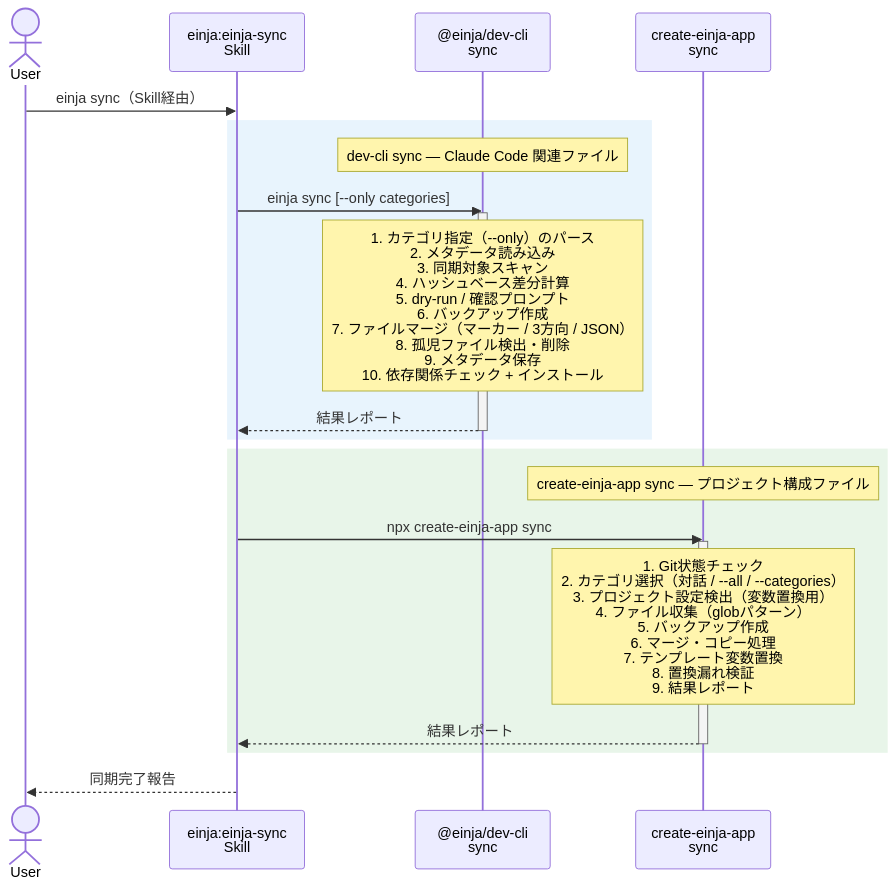
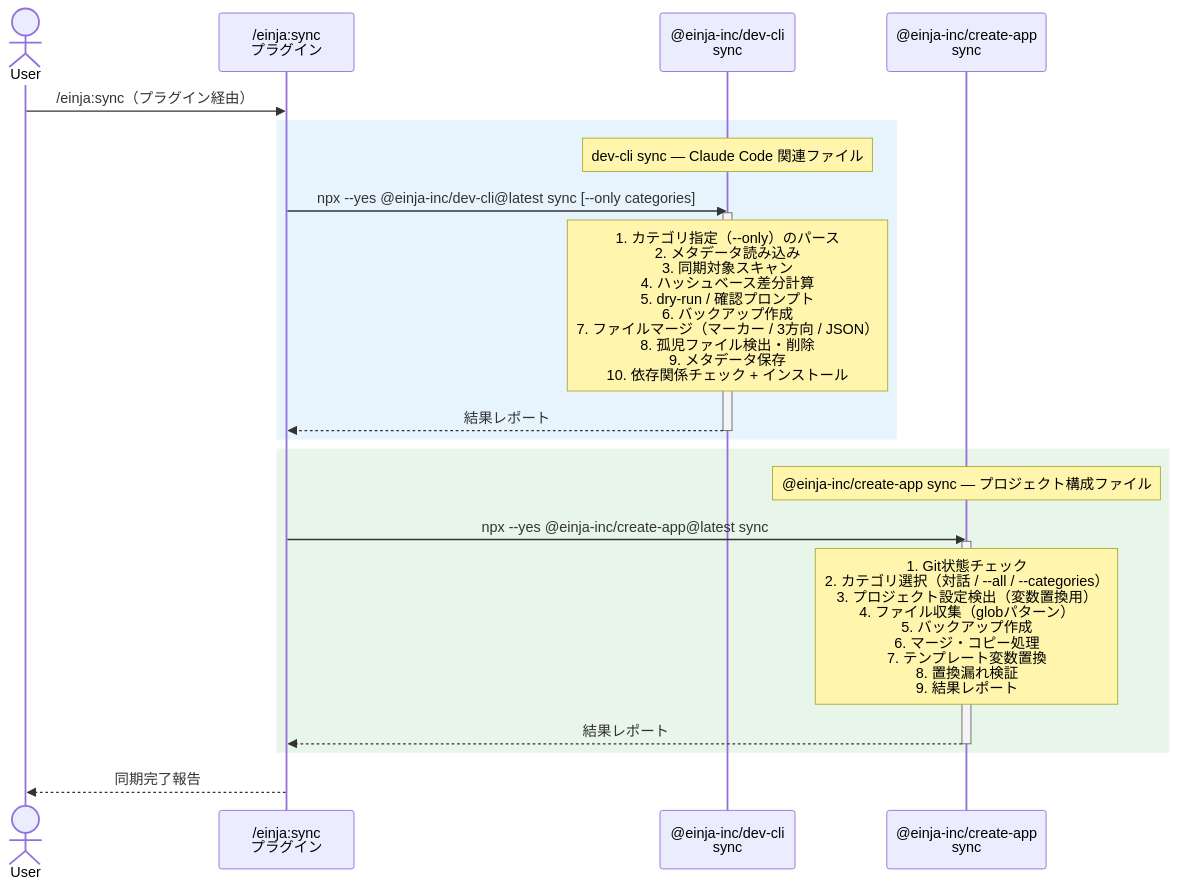
One commit to einja-inc/einja-management-template changed the third of 3 diagrams in docs/einja/instructions/setup-flow.md. Above: the diagram before and after it, drawn with Mermaid. The commit also changed other lines of this file and 163 other files, not shown here.

First line of the commit message:
feat: create-einja-app→create-app リネーム・Skill体系再構築

````diff
--- a/docs/einja/instructions/setup-flow.md
+++ b/docs/einja/instructions/setup-flow.md
@@ -157,29 +157,29 @@
 ```mermaid
 sequenceDiagram
     actor User
-    participant Skill as einja:einja-sync<br/>Skill
-    participant DevCLI as @einja/dev-cli<br/>sync
-    participant CEA as create-einja-app<br/>sync
+    participant Plugin as /einja:sync<br/>プラグイン
+    participant DevCLI as @einja-inc/dev-cli<br/>sync
+    participant CEA as @einja-inc/create-app<br/>sync
 
-    User->>Skill: einja sync（Skill経由）
+    User->>Plugin: /einja:sync（プラグイン経由）
 
     rect rgb(232, 244, 253)
         Note over DevCLI: dev-cli sync — Claude Code 関連ファイル
-        Skill->>DevCLI: einja sync [--only categories]
+        Plugin->>DevCLI: npx --yes @einja-inc/dev-cli@latest sync [--only categories]
         activate DevCLI
         Note over DevCLI: 1. カテゴリ指定（--only）のパース<br/>2. メタデータ読み込み<br/>3. 同期対象スキャン<br/>4. ハッシュベース差分計算<br/>5. dry-run / 確認プロンプト<br/>6. バックアップ作成<br/>7. ファイルマージ（マーカー / 3方向 / JSON）<br/>8. 孤児ファイル検出・削除<br/>9. メタデータ保存<br/>10. 依存関係チェック + インストール
-        DevCLI-->>Skill: 結果レポート
+        DevCLI-->>Plugin: 結果レポート
         deactivate DevCLI
     end
 
     rect rgb(232, 245, 233)
-        Note over CEA: create-einja-app sync — プロジェクト構成ファイル
-        Skill->>CEA: npx create-einja-app sync
+        Note over CEA: @einja-inc/create-app sync — プロジェクト構成ファイル
+        Plugin->>CEA: npx --yes @einja-inc/create-app@latest sync
         activate CEA
         Note over CEA: 1. Git状態チェック<br/>2. カテゴリ選択（対話 / --all / --categories）<br/>3. プロジェクト設定検出（変数置換用）<br/>4. ファイル収集（globパターン）<br/>5. バックアップ作成<br/>6. マージ・コピー処理<br/>7. テンプレート変数置換<br/>8. 置換漏れ検証<br/>9. 結果レポート
-        CEA-->>Skill: 結果レポート
+        CEA-->>Plugin: 結果レポート
         deactivate CEA
     end
 
-    Skill-->>User: 同期完了報告
+    Plugin-->>User: 同期完了報告
 ```
````
